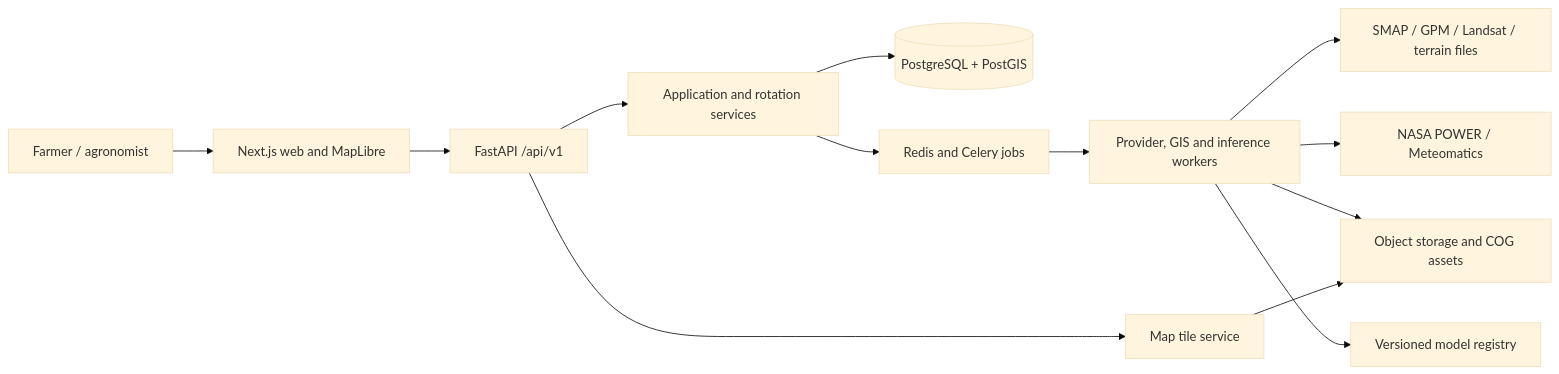
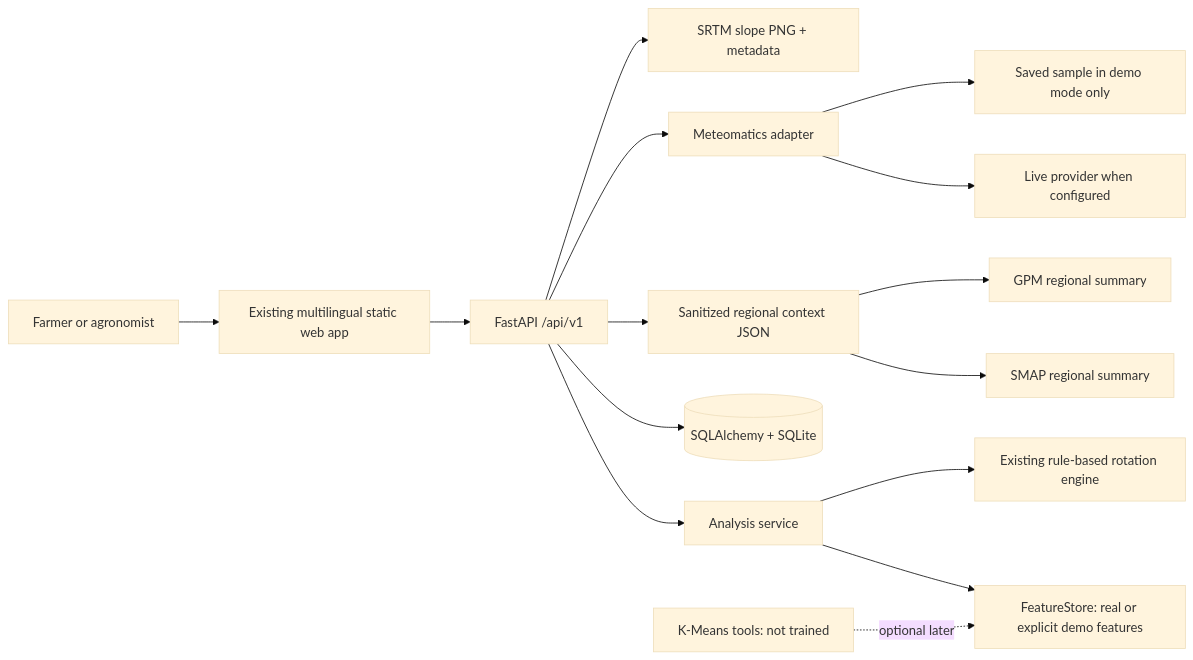
The diagram in docs/architecture/system-overview.md (irfan1218ali-ui/agrishift.Ai), drawn with Mermaid (base theme) before and after one commit. The commit also changed other lines of this file and 85 other files, not shown here.

````diff
--- a/docs/architecture/system-overview.md
+++ b/docs/architecture/system-overview.md
@@ -3,15 +3,17 @@
 ```mermaid
 flowchart LR
-  Farmer[Farmer / agronomist] --> Web[Next.js web and MapLibre]
+  Farmer[Farmer or agronomist] --> Web[Existing multilingual static web app]
   Web --> API[FastAPI /api/v1]
-  API --> Domain[Application and rotation services]
-  Domain --> DB[(PostgreSQL + PostGIS)]
-  Domain --> Jobs[Redis and Celery jobs]
-  Jobs --> Workers[Provider, GIS and inference workers]
-  Workers --> Sources[SMAP / GPM / Landsat / terrain files]
-  Workers --> APIs[NASA POWER / Meteomatics]
-  Workers --> Storage[Object storage and COG assets]
-  Workers --> Registry[Versioned model registry]
-  API --> Tiles[Map tile service]
-  Tiles --> Storage
+  API --> Service[Analysis service]
+  Service --> Features[FeatureStore: real or explicit demo features]
+  Service --> Rules[Existing rule-based rotation engine]
+  API --> SQLite[(SQLAlchemy + SQLite)]
+  API --> Context[Sanitized regional context JSON]
+  Context --> SMAP[SMAP regional summary]
+  Context --> GPM[GPM regional summary]
+  API --> Weather[Meteomatics adapter]
+  Weather --> Live[Live provider when configured]
+  Weather --> Sample[Saved sample in demo mode only]
+  API --> Layers[SRTM slope PNG + metadata]
+  ML[K-Means tools: not trained] -. optional later .-> Features
 ```
````
